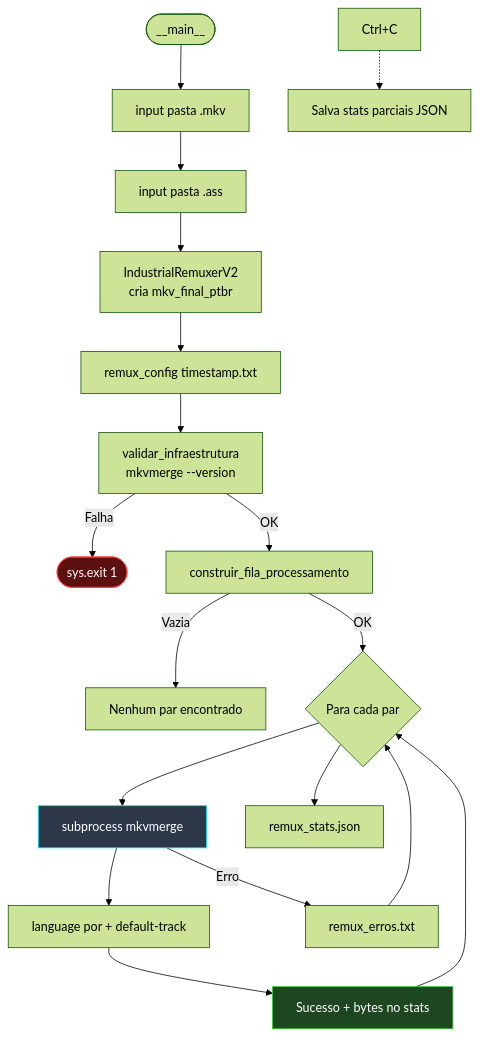
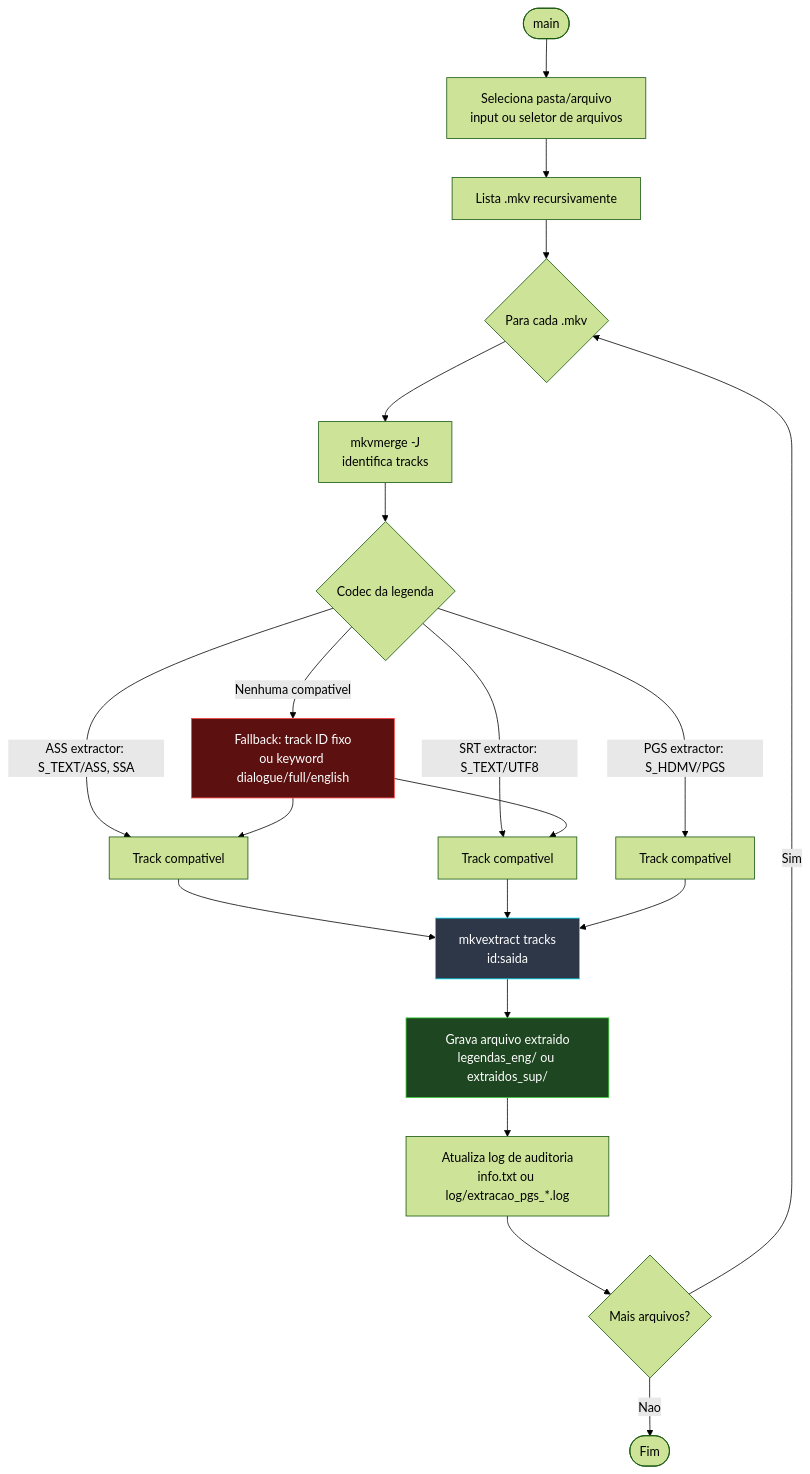
The diagram in docs/modulo-fase-2.md (carmipa/projeto-tracker-animes-traducao), drawn with Mermaid (forest theme) before and after one commit. The commit also changed other lines of this file and 14 other files, not shown here.

````diff
--- a/docs/modulo-fase-2.md
+++ b/docs/modulo-fase-2.md
@@ -21,31 +25,31 @@
 ```mermaid
 flowchart TB
-    START([__main__]) --> IN1[input pasta .mkv]
-    IN1 --> IN2[input pasta .ass]
-    IN2 --> INIT[IndustrialRemuxerV2<br/>cria mkv_final_ptbr]
+    START([main]) --> SEL[Seleciona pasta/arquivo<br/>input ou seletor de arquivos]
+    SEL --> SCAN[Lista .mkv recursivamente]
+    SCAN --> LOOP{Para cada .mkv}
 
-    INIT --> CFG[remux_config timestamp.txt]
-    CFG --> VAL[validar_infraestrutura<br/>mkvmerge --version]
+    LOOP --> JSON[mkvmerge -J<br/>identifica tracks]
+    JSON --> FILTRO{Codec da legenda}
 
-    VAL -->|Falha| EXIT([sys.exit 1])
-    VAL -->|OK| FILA[construir_fila_processamento]
+    FILTRO -->|ASS extractor: S_TEXT/ASS, SSA| MATCH_ASS[Track compativel]
+    FILTRO -->|SRT extractor: S_TEXT/UTF8| MATCH_SRT[Track compativel]
+    FILTRO -->|PGS extractor: S_HDMV/PGS| MATCH_PGS[Track compativel]
 
-    FILA -->|Vazia| WARN[Nenhum par encontrado]
-    FILA -->|OK| LOOP{Para cada par}
+    FILTRO -->|Nenhuma compativel| FALLBACK[Fallback: track ID fixo<br/>ou keyword dialogue/full/english]
+    FALLBACK --> MATCH_ASS
+    FALLBACK --> MATCH_SRT
 
-    LOOP --> CMD[subprocess mkvmerge]
-    CMD --> META[language por + default-track]
-    META --> OK[Sucesso + bytes no stats]
-    OK --> LOOP
+    MATCH_ASS --> EXTRACT[mkvextract tracks<br/>id:saida]
+    MATCH_SRT --> EXTRACT
+    MATCH_PGS --> EXTRACT
 
-    CMD -->|Erro| ERR[remux_erros.txt]
-    ERR --> LOOP
+    EXTRACT --> SAVE[Grava arquivo extraido<br/>legendas_eng/ ou extraidos_sup/]
+    SAVE --> LOG[Atualiza log de auditoria<br/>info.txt ou log/extracao_pgs_*.log]
+    LOG --> NEXT{Mais arquivos?}
+    NEXT -->|Sim| LOOP
+    NEXT -->|Nao| END([Fim])
 
-    LOOP --> REL[remux_stats.json]
-
-    CTRL[Ctrl+C] -.-> PARCIAL[Salva stats parciais JSON]
-
-    style OK fill:#1e4620,stroke:#32CD32,color:#fff
-    style EXIT fill:#5c1010,stroke:#ff4444,color:#fff
-    style CMD fill:#2d3748,stroke:#00E5FF,color:#fff
+    style EXTRACT fill:#2d3748,stroke:#00E5FF,color:#fff
+    style SAVE fill:#1e4620,stroke:#32CD32,color:#fff
+    style FALLBACK fill:#5c1010,stroke:#ff4444,color:#fff
 ```
````
